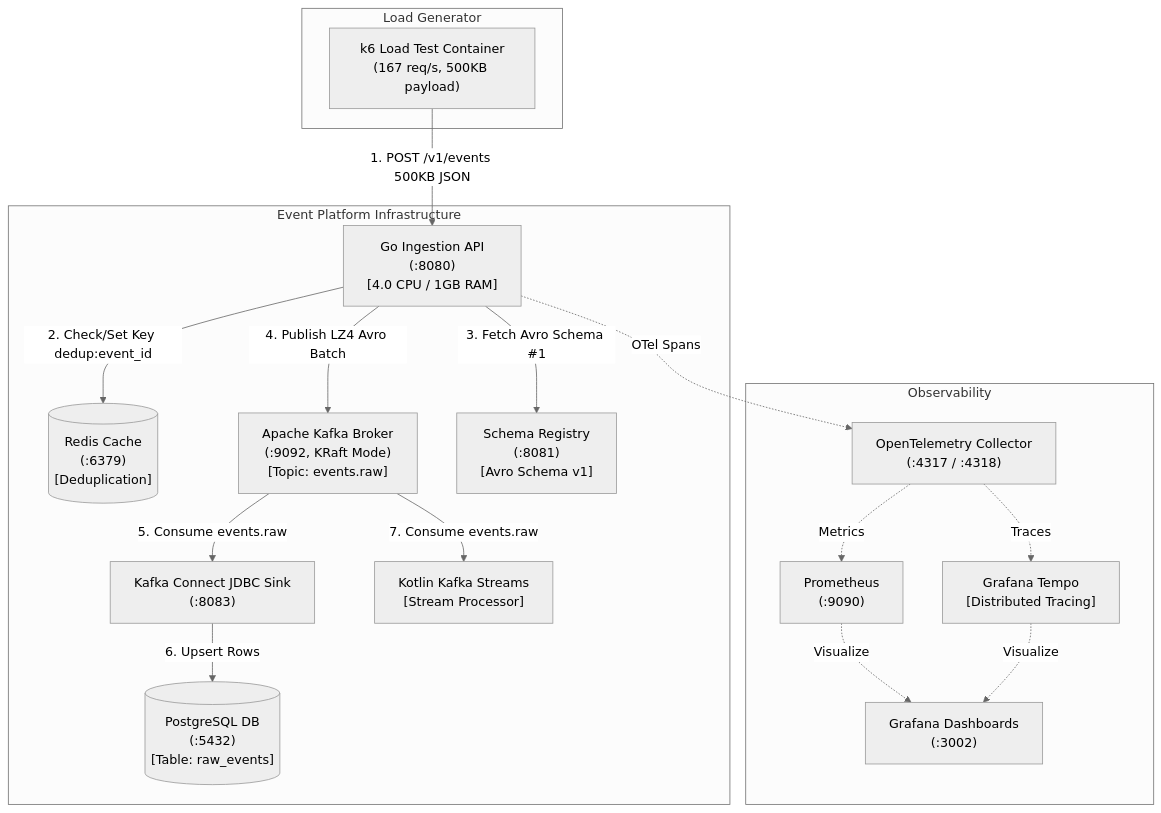
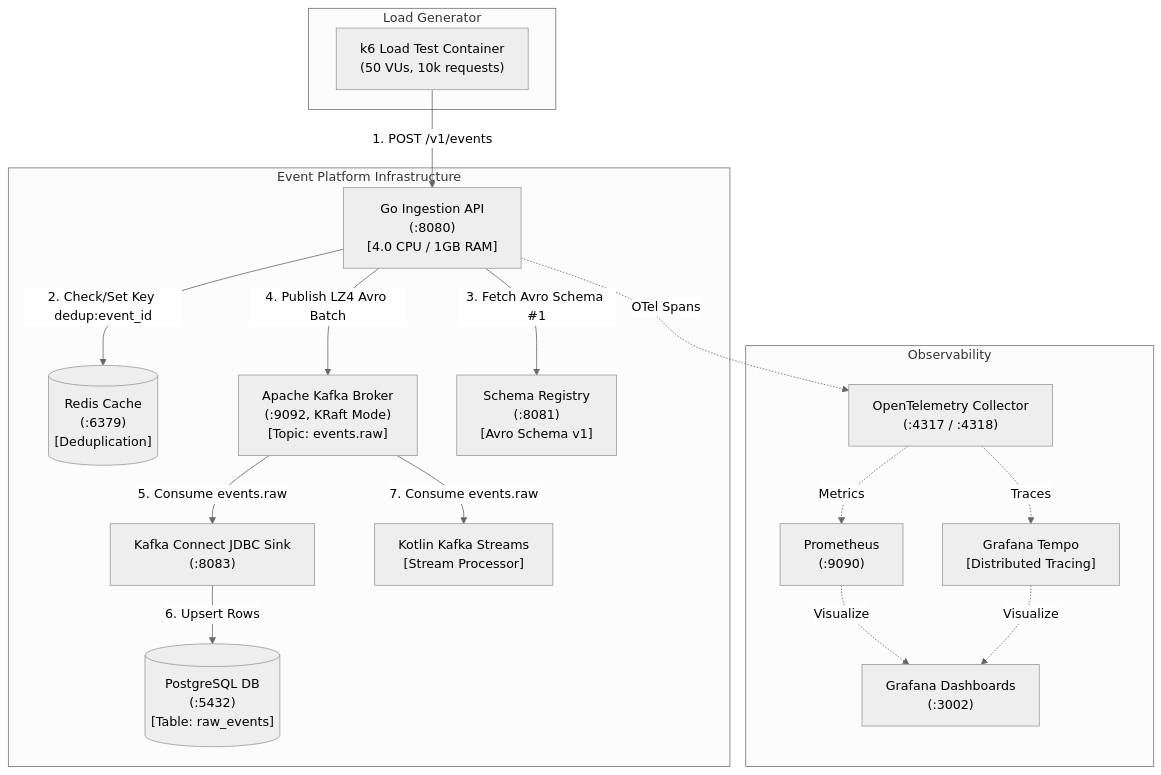
One commit to Chief-Strategist-J/messaging-pipeline changed the diagram in README.md. Above: the diagram before and after it, drawn with Mermaid (neutral theme). The commit also changed other lines of this file and 15 other files, not shown here.

````diff
--- a/README.md
+++ b/README.md
@@ -9,39 +9,39 @@
 ```mermaid
 flowchart TD
     subgraph Load Generator
-        K6["k6 Load Test Container\n(167 req/s, 500KB payload)"]
+        K6["k6 Load Test Container\n(50 VUs, 10k requests)"]
     end
 
     subgraph Event Platform Infrastructure
         API["Go Ingestion API\n(:8080)\n[4.0 CPU / 1GB RAM]"]
         REDIS[("Redis Cache\n(:6379)\n[Deduplication]")]
         KAFKA["Apache Kafka Broker\n(:9092, KRaft Mode)\n[Topic: events.raw]"]
         SCHEMA["Schema Registry\n(:8081)\n[Avro Schema v1]"]
         CONNECT["Kafka Connect JDBC Sink\n(:8083)"]
         POSTGRES[("PostgreSQL DB\n(:5432)\n[Table: raw_events]")]
         STREAMS["Kotlin Kafka Streams\n[Stream Processor]"]
     end
 
     subgraph Observability
         OTEL["OpenTelemetry Collector\n(:4317 / :4318)"]
         PROMETHEUS["Prometheus\n(:9090)"]
         TEMPO["Grafana Tempo\n[Distributed Tracing]"]
         GRAFANA["Grafana Dashboards\n(:3002)"]
     end
 
     %% Data Flow Connections
-    K6 -->|1. POST /v1/events 500KB JSON| API
+    K6 -->|1. POST /v1/events| API
     API -->|2. Check/Set Key dedup:event_id| REDIS
     API -->|3. Fetch Avro Schema #1| SCHEMA
     API -->|4. Publish LZ4 Avro Batch| KAFKA
     KAFKA -->|5. Consume events.raw| CONNECT
     CONNECT -->|6. Upsert Rows| POSTGRES
     KAFKA -->|7. Consume events.raw| STREAMS
 
     %% Observability Connections
     API -.->|OTel Spans| OTEL
     OTEL -.->|Traces| TEMPO
     OTEL -.->|Metrics| PROMETHEUS
     PROMETHEUS -.->|Visualize| GRAFANA
     TEMPO -.->|Visualize| GRAFANA
 ```
````
